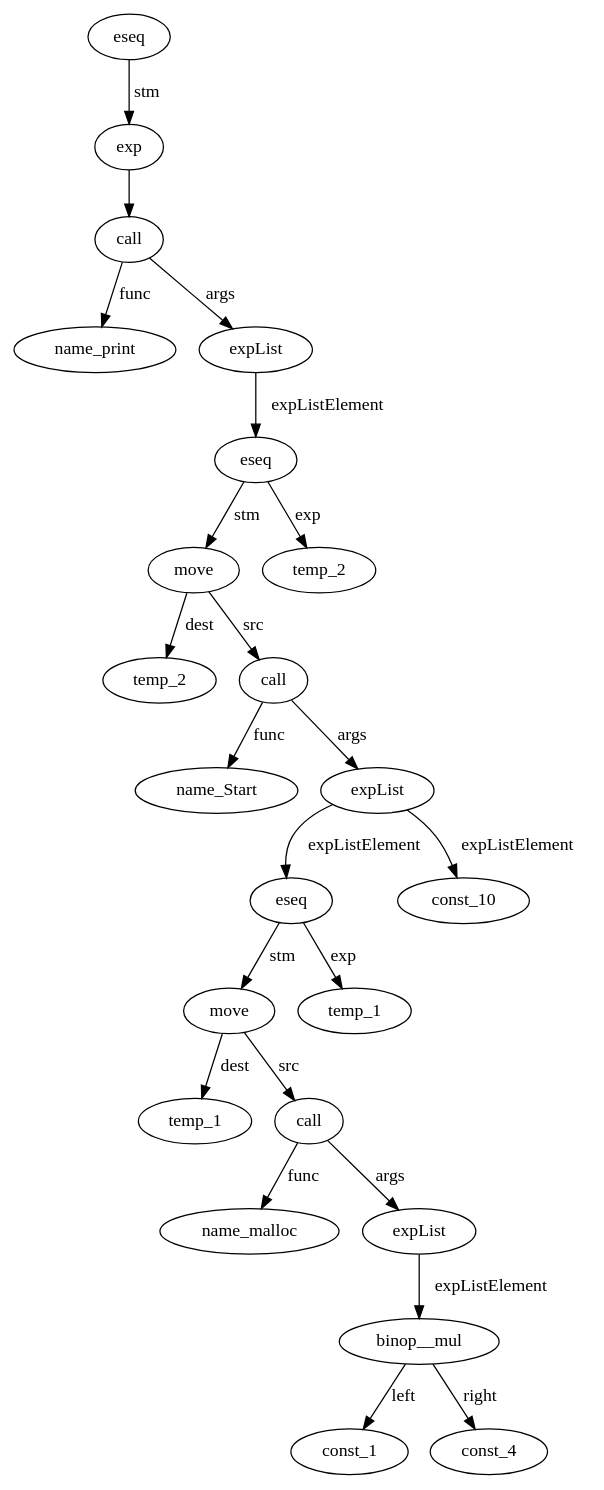
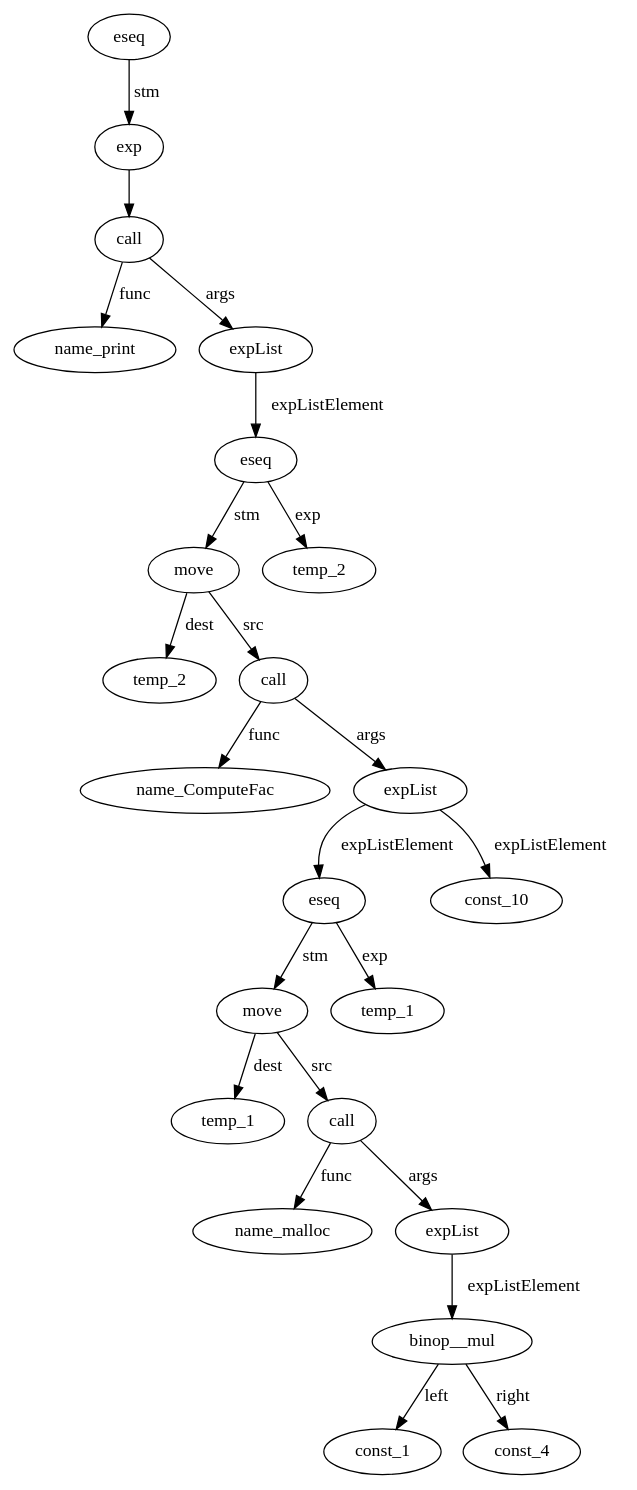
The diagram in IRTree_main.dot (Dimassio/rocket3-compiler), drawn with Graphviz before and after one commit. The commit also changed 9 other files, not shown here.

```diff
--- a/IRTree_main.dot
+++ b/IRTree_main.dot
@@ -1,48 +1,48 @@
 digraph {
 name_print__id_0 [ label="name_print" ]; 
 temp_2__id_1 [ label="temp_2" ]; 
-name_Start__id_2 [ label="name_Start" ]; 
+name_ComputeFac__id_2 [ label="name_ComputeFac" ]; 
 temp_1__id_3 [ label="temp_1" ]; 
 name_malloc__id_4 [ label="name_malloc" ]; 
 const_1__id_5 [ label="const_1" ]; 
 const_4__id_6 [ label="const_4" ]; 
 binop__mul__id_7 [ label="binop__mul" ]; 
 binop__mul__id_7 -> const_4__id_6 [ label="right"] ; 
 binop__mul__id_7 -> const_1__id_5 [ label="left"] ; 
 expList__id_8 [ label="expList" ]; 
 expList__id_8 -> binop__mul__id_7 [ label="expListElement"] ; 
 call__id_9 [ label="call" ]; 
 call__id_9 -> name_malloc__id_4 [ label="func"] ; 
 call__id_9 -> expList__id_8 [ label="args"] ; 
 move__id_10 [ label="move" ]; 
 move__id_10 -> temp_1__id_3 [ label="dest"] ; 
 move__id_10 -> call__id_9 [ label="src"] ; 
 temp_1__id_11 [ label="temp_1" ]; 
 eseq__id_12 [ label="eseq" ]; 
 eseq__id_12 -> temp_1__id_11 [ label="exp"] ; 
 eseq__id_12 -> move__id_10 [ label="stm"] ; 
 const_10__id_13 [ label="const_10" ]; 
 expList__id_14 [ label="expList" ]; 
 expList__id_14 -> eseq__id_12 [ label="expListElement"] ; 
 expList__id_14 -> const_10__id_13 [ label="expListElement"] ; 
 call__id_15 [ label="call" ]; 
-call__id_15 -> name_Start__id_2 [ label="func"] ; 
+call__id_15 -> name_ComputeFac__id_2 [ label="func"] ; 
 call__id_15 -> expList__id_14 [ label="args"] ; 
 move__id_16 [ label="move" ]; 
 move__id_16 -> temp_2__id_1 [ label="dest"] ; 
 move__id_16 -> call__id_15 [ label="src"] ; 
 temp_2__id_17 [ label="temp_2" ]; 
 eseq__id_18 [ label="eseq" ]; 
 eseq__id_18 -> temp_2__id_17 [ label="exp"] ; 
 eseq__id_18 -> move__id_16 [ label="stm"] ; 
 expList__id_19 [ label="expList" ]; 
 expList__id_19 -> eseq__id_18 [ label="expListElement"] ; 
 call__id_20 [ label="call" ]; 
 call__id_20 -> name_print__id_0 [ label="func"] ; 
 call__id_20 -> expList__id_19 [ label="args"] ; 
 exp__id_21 [ label="exp" ]; 
 exp__id_21 -> call__id_20 ; 
 eseq__id_22 [ label="eseq" ]; 
 eseq__id_22 -> exp__id_21 [ label="stm"] ; 
 
 }
```
